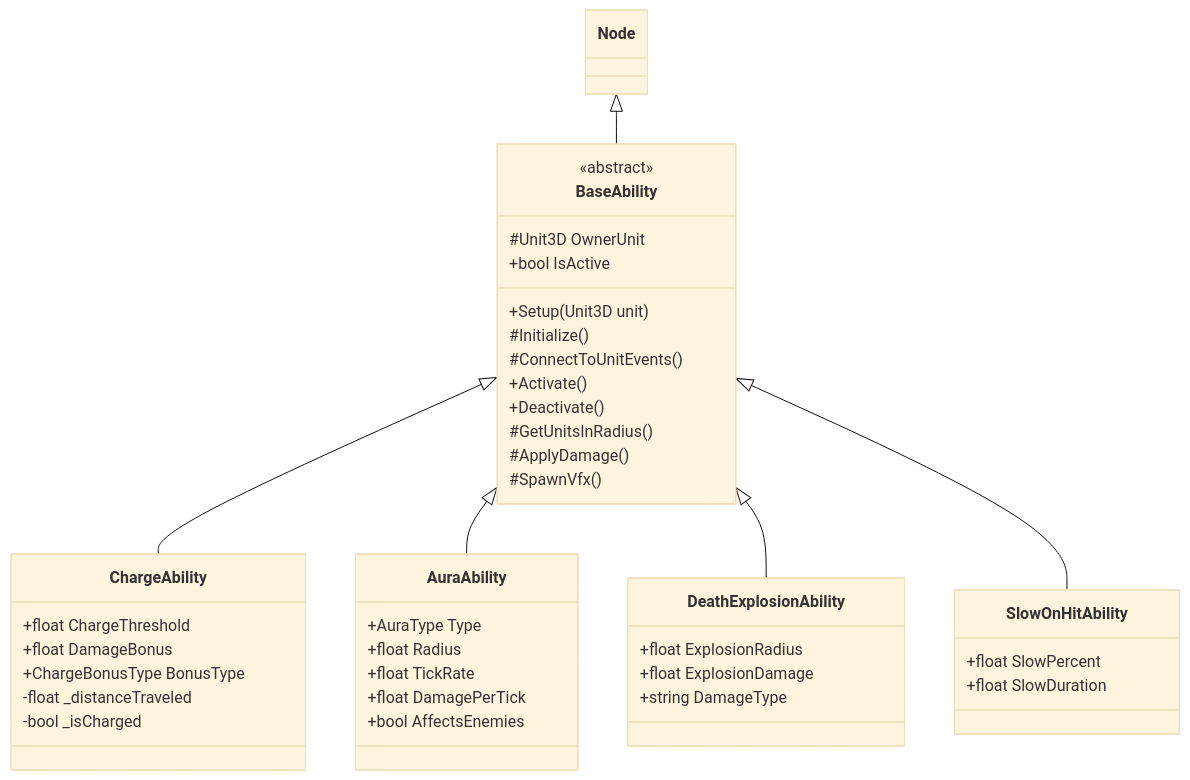
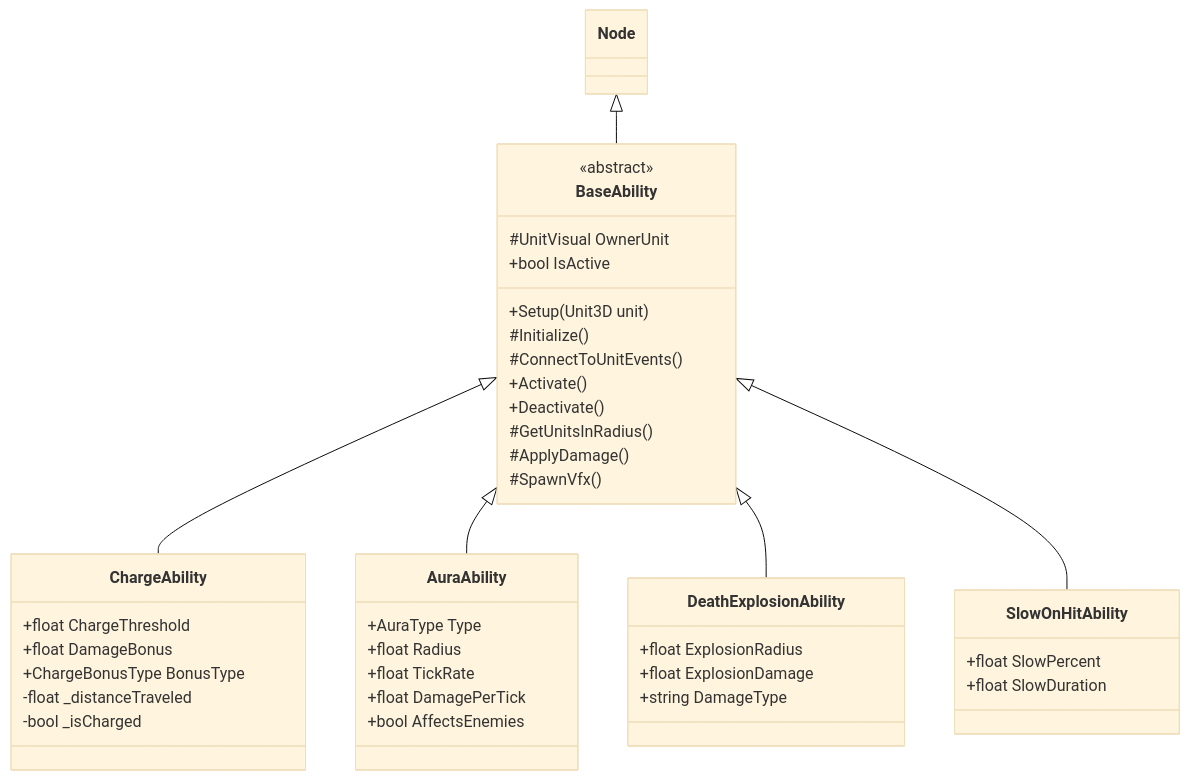
One commit to amari-charles/project-summoner changed the first of 3 diagrams in docs/technical/ability-system.md. Above: the diagram before and after it, drawn with Mermaid (base theme). The commit also changed other lines of this file and 18 other files, not shown here.

````diff
--- a/docs/technical/ability-system.md
+++ b/docs/technical/ability-system.md
@@ -54,49 +54,49 @@
 ```mermaid
 classDiagram
     Node <|-- BaseAbility
     BaseAbility <|-- ChargeAbility
     BaseAbility <|-- AuraAbility
     BaseAbility <|-- DeathExplosionAbility
     BaseAbility <|-- SlowOnHitAbility
 
     class BaseAbility {
         <<abstract>>
-        #Unit3D OwnerUnit
+        #UnitVisual OwnerUnit
         +bool IsActive
         +Setup(Unit3D unit)
         #Initialize()
         #ConnectToUnitEvents()
         +Activate()
         +Deactivate()
         #GetUnitsInRadius()
         #ApplyDamage()
         #SpawnVfx()
     }
 
     class ChargeAbility {
         +float ChargeThreshold
         +float DamageBonus
         +ChargeBonusType BonusType
         -float _distanceTraveled
         -bool _isCharged
     }
 
     class AuraAbility {
         +AuraType Type
         +float Radius
         +float TickRate
         +float DamagePerTick
         +bool AffectsEnemies
     }
 
     class DeathExplosionAbility {
         +float ExplosionRadius
         +float ExplosionDamage
         +string DamageType
     }
 
     class SlowOnHitAbility {
         +float SlowPercent
         +float SlowDuration
     }
 ```
````
